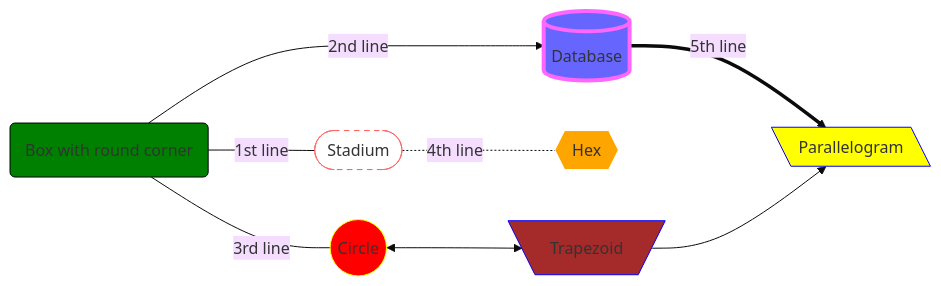
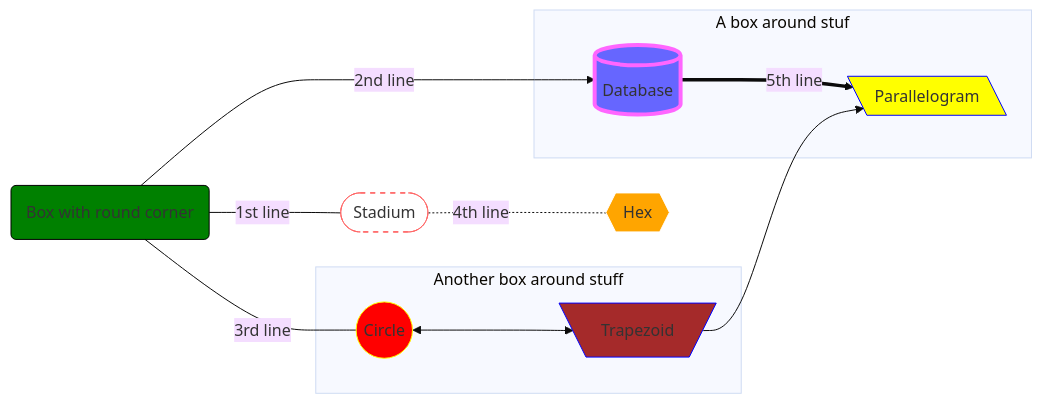
The fourth of 19 diagrams in Mermaid/mermaid.md (PetterTech/YouTubeStuff), drawn with Mermaid (base theme) before and after one commit.

Commit message:
added subgraph

````diff
--- a/Mermaid/mermaid.md
+++ b/Mermaid/mermaid.md
@@ -53,25 +53,29 @@
 ``` mermaid
 flowchart LR
     id1(Box with round corner)
     id2([Stadium])
     id3[(Database)]
     id4((Circle))
     id5{{Hex}}
     id6[\Parallelogram\]
     id7[\Trapezoid/]
 
     id1-- 1st line ---id2
     id1--> |2nd line| id3
     id1--- |3rd line| id4
     id2-.-|4th line| id5
+    subgraph A box around stuf
     id3 == 5th line ==> id6
+    end
+    subgraph Another box around stuff
     id4 <--> id7 --> id6
+    end
 
     style id1 fill:green,stroke:black
     style id2 fill:white,stroke:#f66,stroke-dasharray: 5, 5
     style id3 fill:#66f,stroke:#f6f,stroke-width:4px
     style id4 fill:red,stroke:yellow
     style id5 fill:orange,stroke:white
     style id6 fill:yellow,stroke:blue
     style id7 fill:brown,stroke:blue
 ```
````
